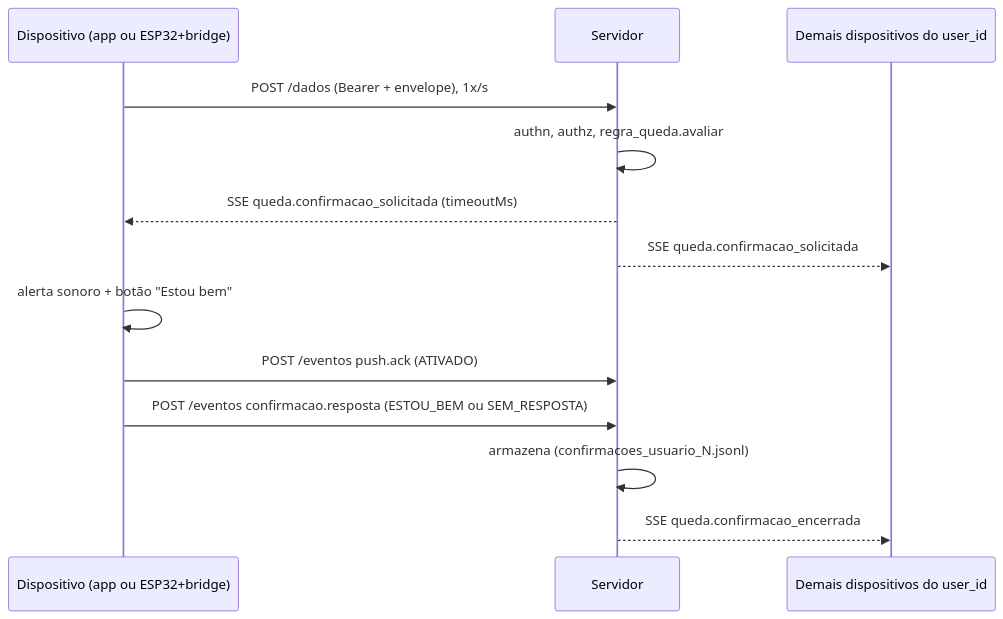
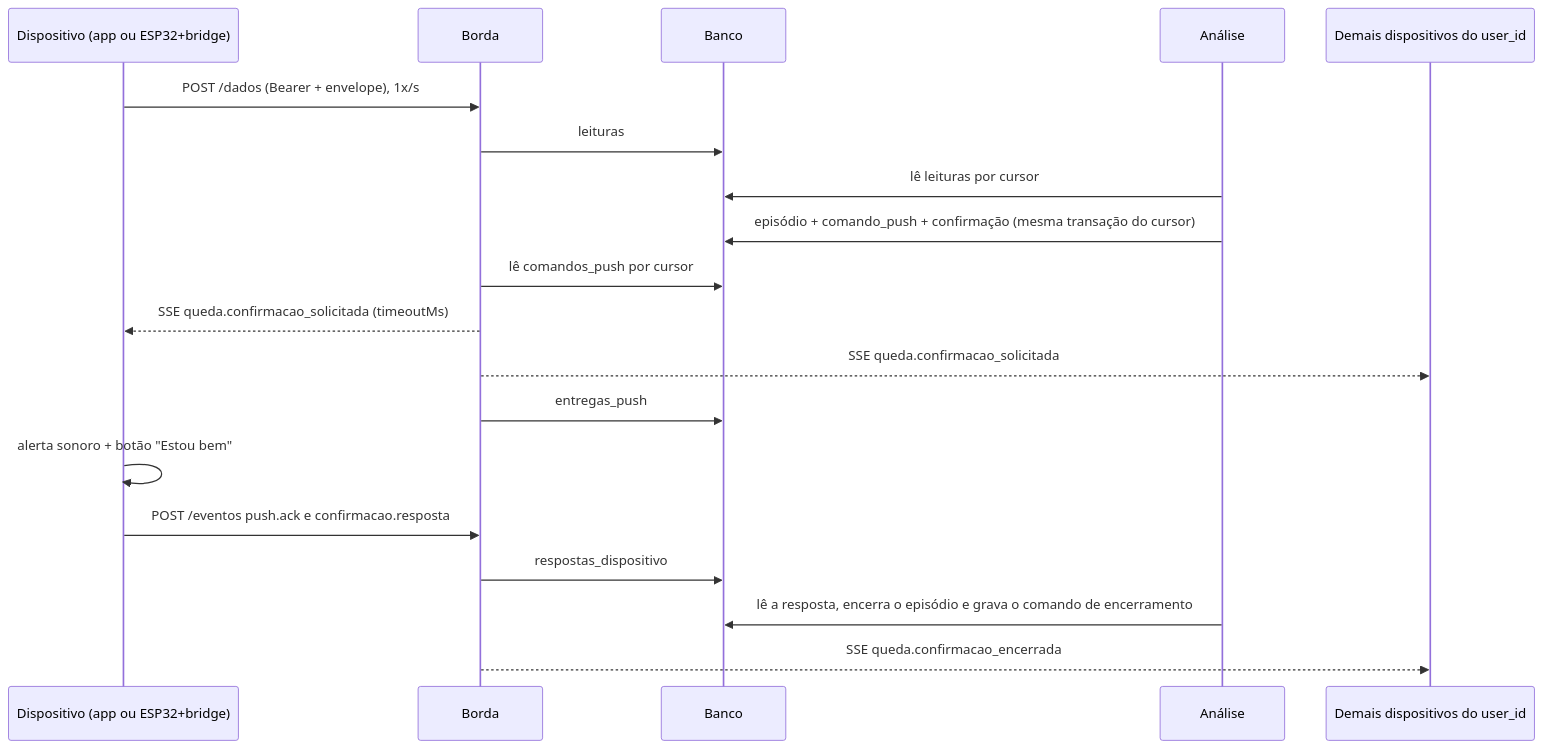
One commit to UFG-INF-SSU-2026/Flow changed the fifth of 5 diagrams in docs/arquitetura.md. Above: the diagram before and after it, drawn with Mermaid. The commit also changed other lines of this file and 54 other files, not shown here.

Commit message:
S7: remove caminho direto, sombra e sinalizadores; docs e testes adaptados ao split borda/análise

````diff
--- a/docs/arquitetura.md
+++ b/docs/arquitetura.md
@@ -388,15 +397,21 @@
 ```mermaid
 sequenceDiagram
     participant D as Dispositivo (app ou ESP32+bridge)
-    participant S as Servidor
+    participant B as Borda
+    participant DB as Banco
+    participant A as Análise
     participant O as Demais dispositivos do user_id
-    D->>S: POST /dados (Bearer + envelope), 1x/s
-    S->>S: authn, authz, regra_queda.avaliar
-    S-->>D: SSE queda.confirmacao_solicitada (timeoutMs)
-    S-->>O: SSE queda.confirmacao_solicitada
+    D->>B: POST /dados (Bearer + envelope), 1x/s
+    B->>DB: leituras
+    A->>DB: lê leituras por cursor
+    A->>DB: episódio + comando_push + confirmação (mesma transação do cursor)
+    B->>DB: lê comandos_push por cursor
+    B-->>D: SSE queda.confirmacao_solicitada (timeoutMs)
+    B-->>O: SSE queda.confirmacao_solicitada
+    B->>DB: entregas_push
     D->>D: alerta sonoro + botão "Estou bem"
-    D->>S: POST /eventos push.ack (ATIVADO)
-    D->>S: POST /eventos confirmacao.resposta (ESTOU_BEM ou SEM_RESPOSTA)
-    S->>S: armazena (confirmacoes_usuario_N.jsonl)
-    S-->>O: SSE queda.confirmacao_encerrada
+    D->>B: POST /eventos push.ack e confirmacao.resposta
+    B->>DB: respostas_dispositivo
+    A->>DB: lê a resposta, encerra o episódio e grava o comando de encerramento
+    B-->>O: SSE queda.confirmacao_encerrada
 ```
````
